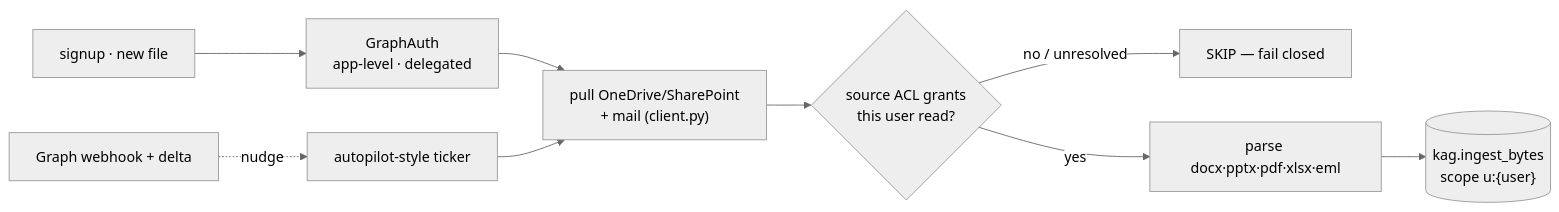
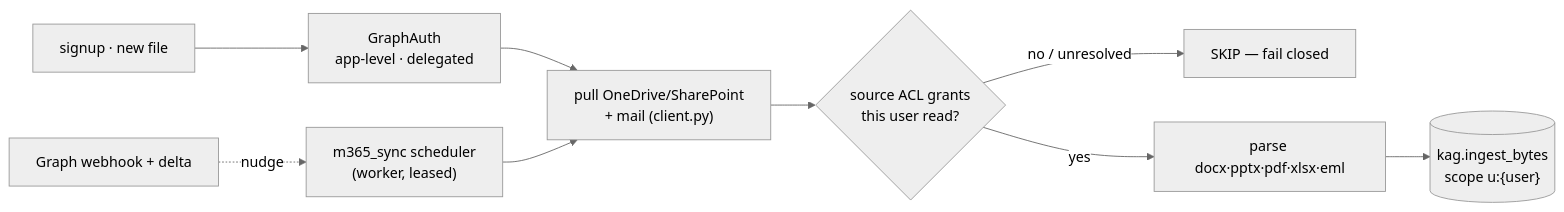
One commit to rohitkarumanchi745/studio changed the sixth of 12 diagrams in README.md. Above: the diagram before and after it, drawn with Mermaid (neutral theme). The commit also changed other lines of this file and 98 other files, not shown here.

````diff
--- a/README.md
+++ b/README.md
@@ -360,11 +630,11 @@
 ```mermaid
 flowchart LR
     signup["signup · new file"] --> auth["GraphAuth<br/>app-level · delegated"]
     auth --> pull["pull OneDrive/SharePoint<br/>+ mail (client.py)"]
     pull --> acl{"source ACL grants<br/>this user read?"}
     acl -->|"no / unresolved"| skip["SKIP — fail closed"]
     acl -->|"yes"| parse["parse docx·pptx·pdf·xlsx·eml"]
     parse --> ing[("kag.ingest_bytes<br/>scope u:{user}")]
-    hook["Graph webhook + delta"] -.->|"nudge"| tick["autopilot-style ticker"]
+    hook["Graph webhook + delta"] -.->|"nudge"| tick["m365_sync scheduler<br/>(worker, leased)"]
     tick --> pull
 ```
````
